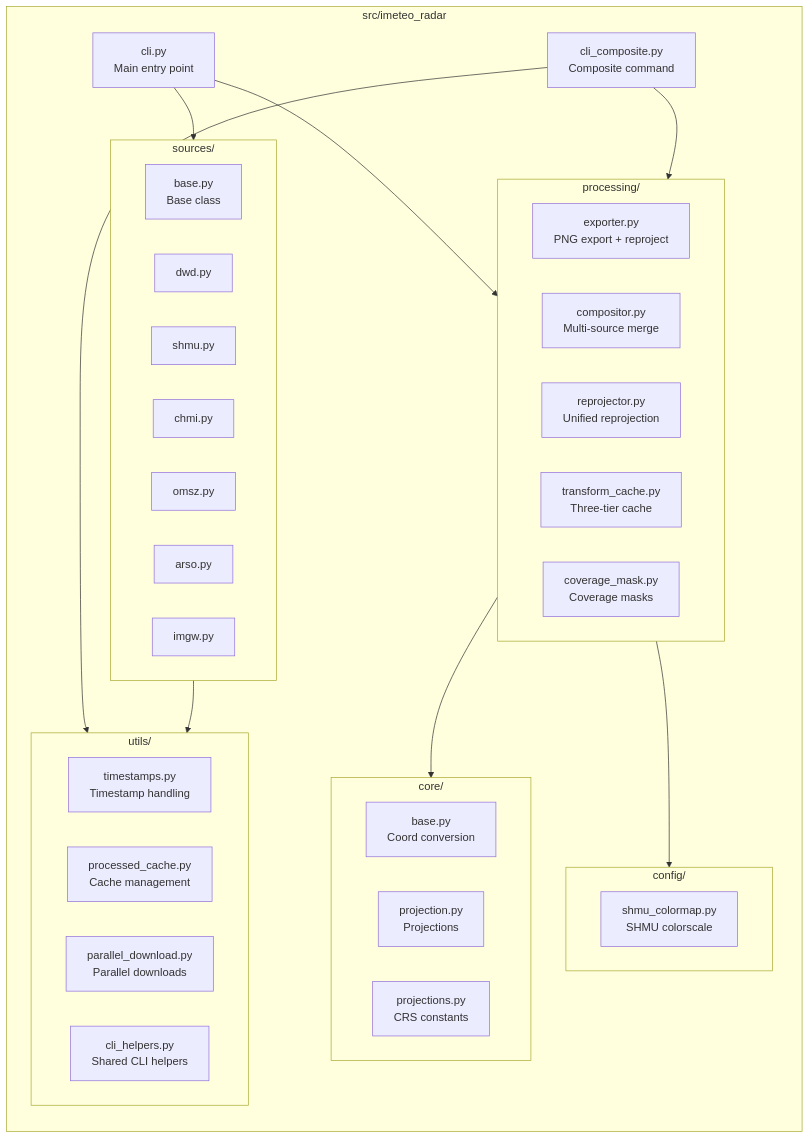
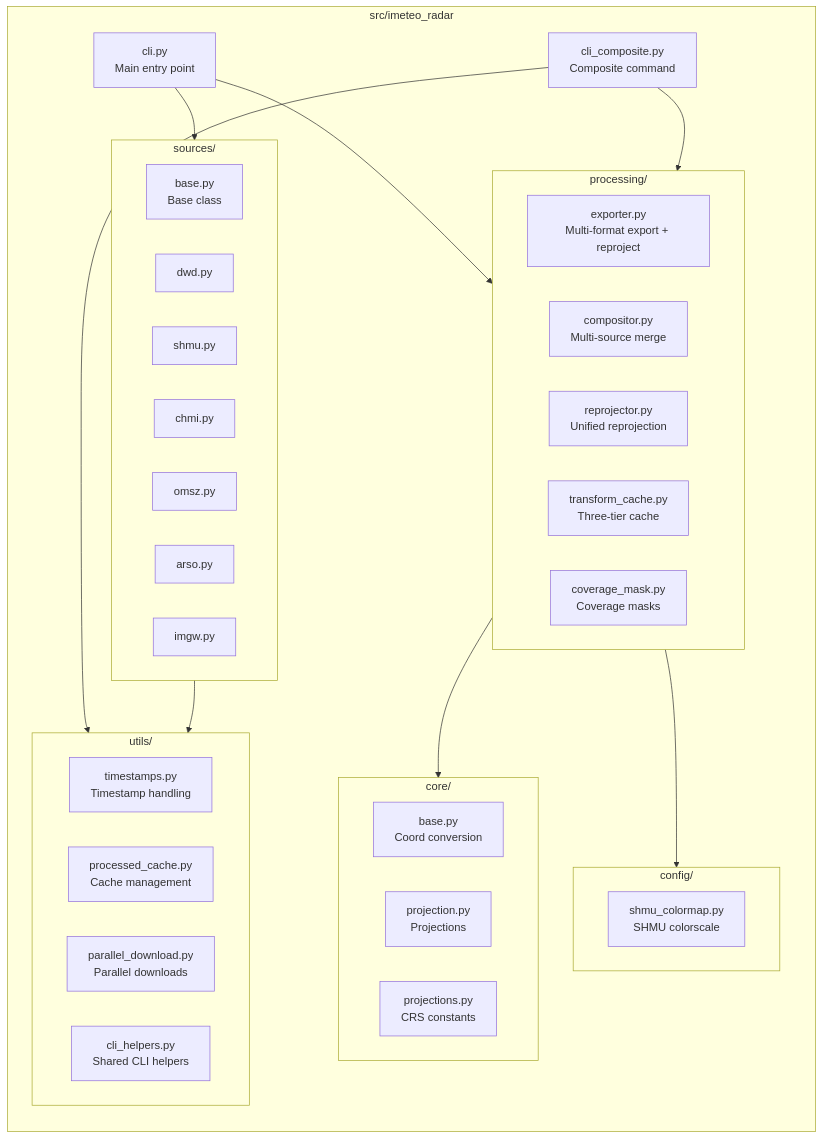
The fifth of 5 diagrams in docs/architecture.md (franko14/radar-shmu), drawn with Mermaid before and after one commit. The commit also changed other lines of this file and 4 other files, not shown here.

````diff
--- a/docs/architecture.md
+++ b/docs/architecture.md
@@ -512,50 +513,50 @@
 ```mermaid
 graph LR
     subgraph src/imeteo_radar
         CLI[cli.py<br/>Main entry point]
         CLIC[cli_composite.py<br/>Composite command]
 
         subgraph sources/
             BASE1[base.py<br/>Base class]
             DWD_S[dwd.py]
             SHMU_S[shmu.py]
             CHMI_S[chmi.py]
             OMSZ_S[omsz.py]
             ARSO_S[arso.py]
             IMGW_S[imgw.py]
         end
 
         subgraph processing/
-            EXP[exporter.py<br/>PNG export + reproject]
+            EXP[exporter.py<br/>Multi-format export + reproject]
             COMP[compositor.py<br/>Multi-source merge]
             REPR[reprojector.py<br/>Unified reprojection]
             TCACHE[transform_cache.py<br/>Three-tier cache]
             CMASK[coverage_mask.py<br/>Coverage masks]
         end
 
         subgraph core/
             BASE2[base.py<br/>Coord conversion]
             PROJ[projection.py<br/>Projections]
             PROJS[projections.py<br/>CRS constants]
         end
 
         subgraph config/
             CMAP[shmu_colormap.py<br/>SHMU colorscale]
         end
 
         subgraph utils/
             TS[timestamps.py<br/>Timestamp handling]
             CACHE[processed_cache.py<br/>Cache management]
             PARA[parallel_download.py<br/>Parallel downloads]
             CLIH[cli_helpers.py<br/>Shared CLI helpers]
         end
     end
 
     CLI --> sources/
     CLI --> processing/
     CLIC --> processing/
     CLIC --> utils/
     processing/ --> core/
     processing/ --> config/
     sources/ --> utils/
 ```
````
